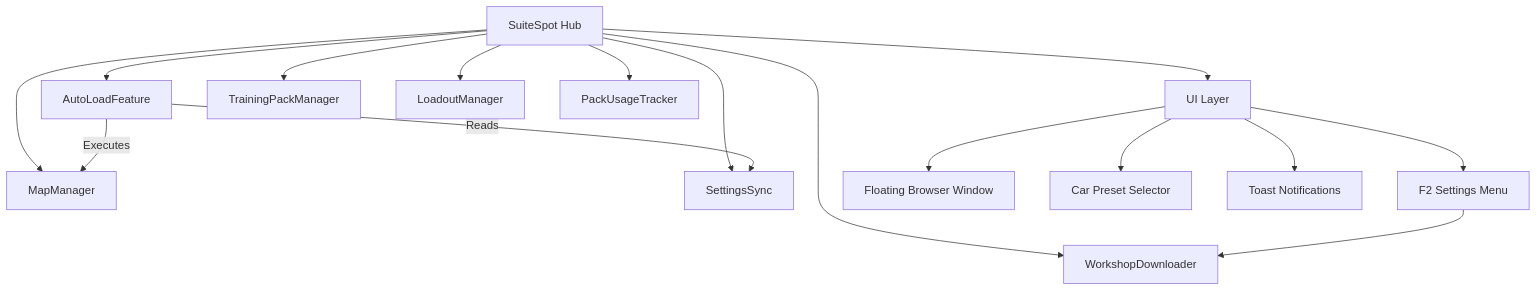
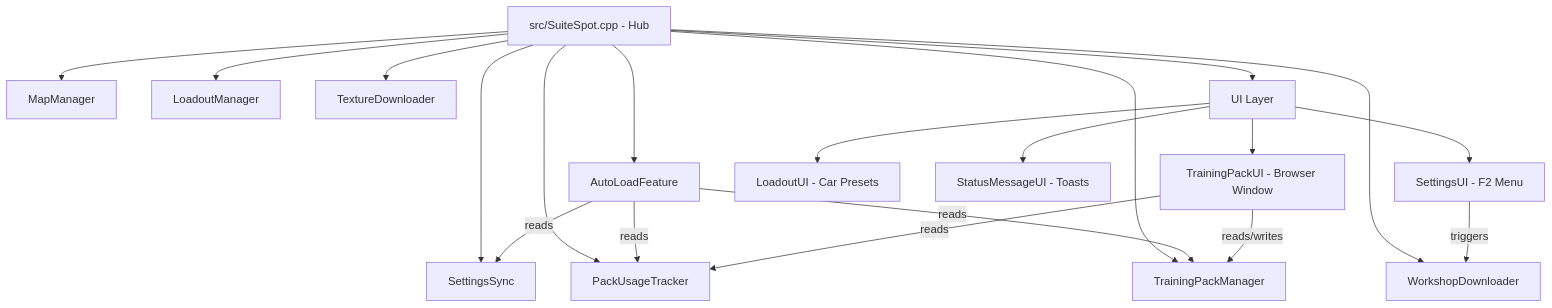
One commit to MilesAhead1023/SuiteSpot changed the diagram in docs/architecture.md. Above: the diagram before and after it, drawn with Mermaid. The commit also changed other lines of this file and 69 other files, not shown here.

````diff
--- a/docs/architecture.md
+++ b/docs/architecture.md
@@ -18,20 +67,26 @@
 ```mermaid
 graph TD
-    Plugin[SuiteSpot Hub] --> AutoLoad[AutoLoadFeature]
-    Plugin --> UI[UI Layer]
-    Plugin --> Maps[MapManager]
-    Plugin --> Packs[TrainingPackManager]
-    Plugin --> Workshop[WorkshopDownloader]
-    Plugin --> Settings[SettingsSync]
-    Plugin --> Loadout[LoadoutManager]
-    Plugin --> Usage[PackUsageTracker]
+    Hub[src/SuiteSpot.cpp - Hub]
 
-    UI --> SettingsUI[F2 Settings Menu]
-    UI --> TrainingPackUI[Floating Browser Window]
-    UI --> LoadoutUI[Car Preset Selector]
-    UI --> StatusMessageUI[Toast Notifications]
+    Hub --> AutoLoad[AutoLoadFeature]
+    Hub --> Settings[SettingsSync]
+    Hub --> Maps[MapManager]
+    Hub --> Packs[TrainingPackManager]
+    Hub --> Workshop[WorkshopDownloader]
+    Hub --> Loadout[LoadoutManager]
+    Hub --> Usage[PackUsageTracker]
+    Hub --> Textures[TextureDownloader]
 
-    AutoLoad -- Reads --> Settings
-    AutoLoad -- Executes --> Maps
-    SettingsUI --> Workshop
+    Hub --> UI[UI Layer]
+    UI --> SettingsUI[SettingsUI - F2 Menu]
+    UI --> BrowserUI[TrainingPackUI - Browser Window]
+    UI --> LoadoutUI[LoadoutUI - Car Presets]
+    UI --> StatusUI[StatusMessageUI - Toasts]
+
+    AutoLoad -- reads --> Settings
+    AutoLoad -- reads --> Usage
+    AutoLoad -- reads --> Packs
+    SettingsUI -- triggers --> Workshop
+    BrowserUI -- reads/writes --> Packs
+    BrowserUI -- reads --> Usage
 ```
````
